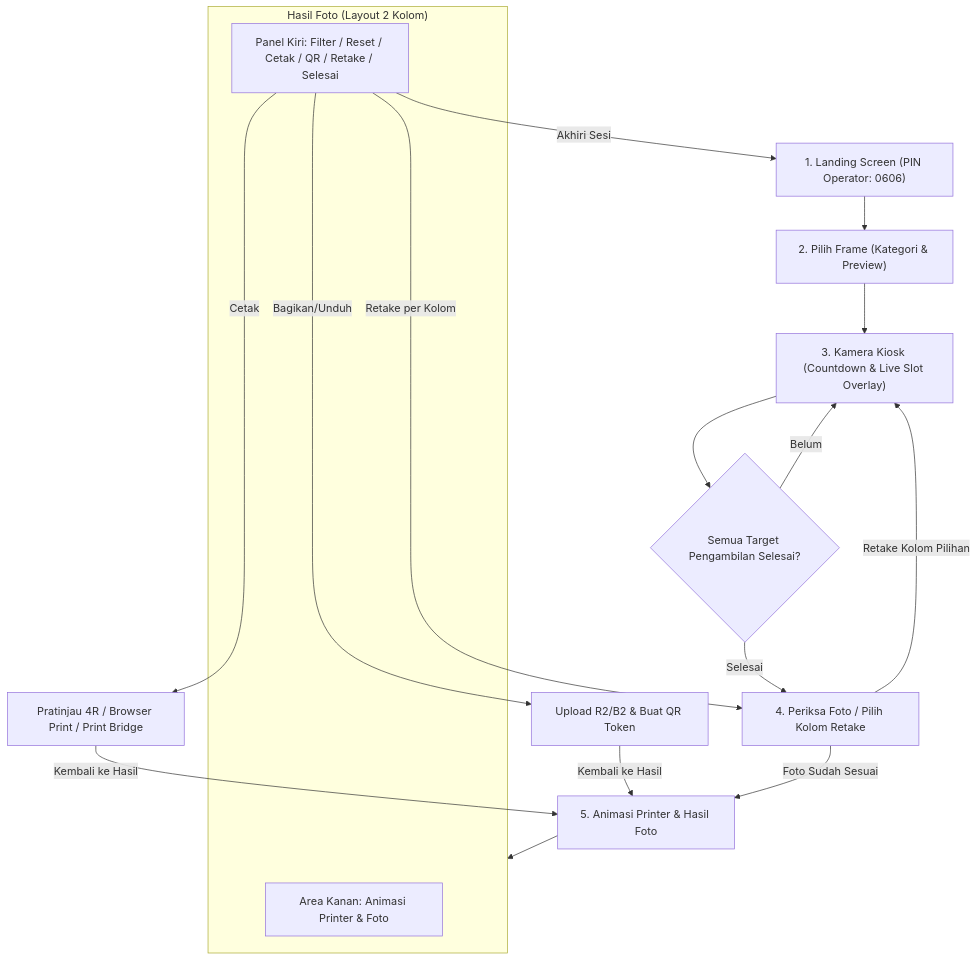
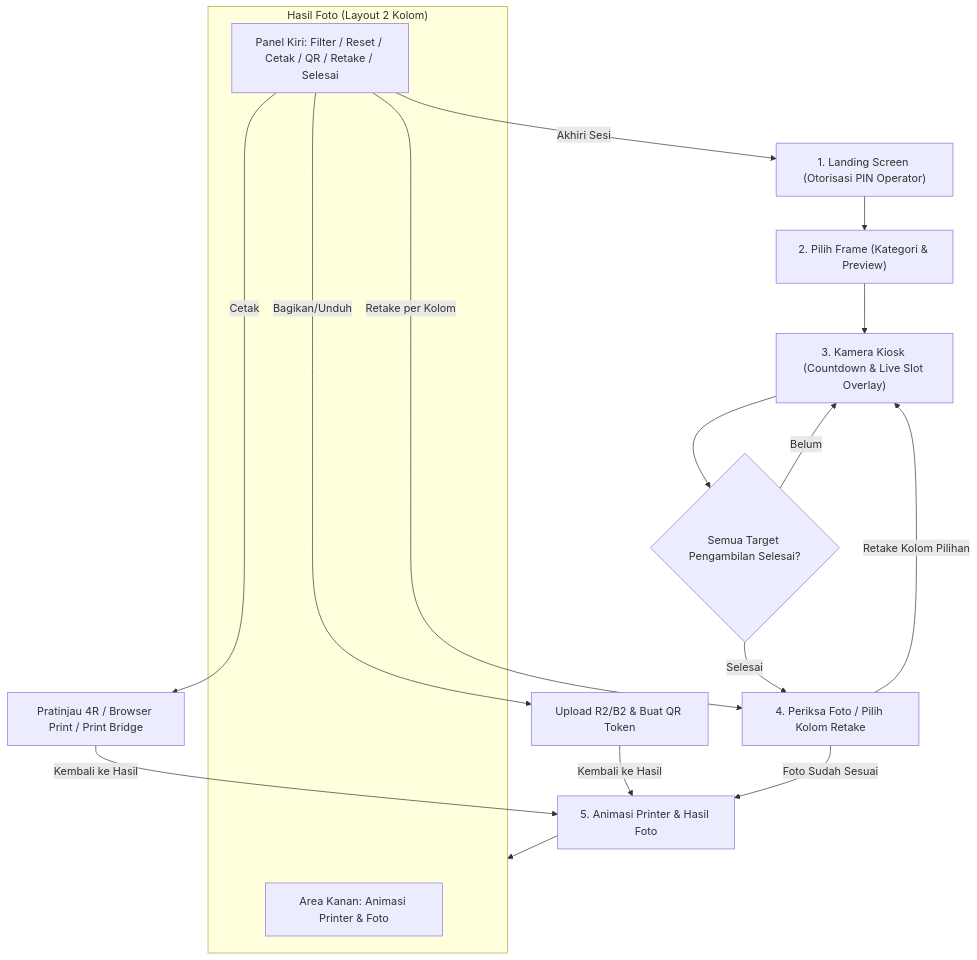
One commit to tegokkk/PHOTOBOOTH1 changed the first of 2 diagrams in README.md. Above: the diagram before and after it, drawn with Mermaid. The commit also changed other lines of this file and 10 other files, not shown here.

````diff
--- a/README.md
+++ b/README.md
@@ -100,23 +100,23 @@
 ```mermaid
 flowchart TD
-    A["1. Landing Screen (PIN Operator: 0606)"] --> B["2. Pilih Frame (Kategori & Preview)"]
+    A["1. Landing Screen (Otorisasi PIN Operator)"] --> B["2. Pilih Frame (Kategori & Preview)"]
     B --> C["3. Kamera Kiosk (Countdown & Live Slot Overlay)"]
     C --> D{"Semua Target Pengambilan Selesai?"}
     D -- Belum --> C
     D -- Selesai --> E["4. Periksa Foto / Pilih Kolom Retake"]
     E -- "Retake Kolom Pilihan" --> C
     E -- "Foto Sudah Sesuai" --> H["5. Animasi Printer & Hasil Foto"]
     
     subgraph ReviewAndActions ["Hasil Foto (Layout 2 Kolom)"]
         E2["Area Kanan: Animasi Printer & Foto"]
         E3["Panel Kiri: Filter / Reset / Cetak / QR / Retake / Selesai"]
     end
     
     H --> ReviewAndActions
     E3 -- "Cetak" --> F["Pratinjau 4R / Browser Print / Print Bridge"]
     E3 -- "Bagikan/Unduh" --> G["Upload R2/B2 & Buat QR Token"]
     E3 -- "Retake per Kolom" --> E
     E3 -- "Akhiri Sesi" --> A
     F -- "Kembali ke Hasil" --> H
     G -- "Kembali ke Hasil" --> H
 ```
````
